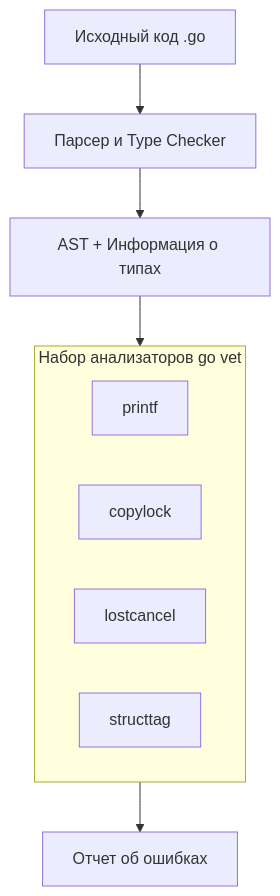
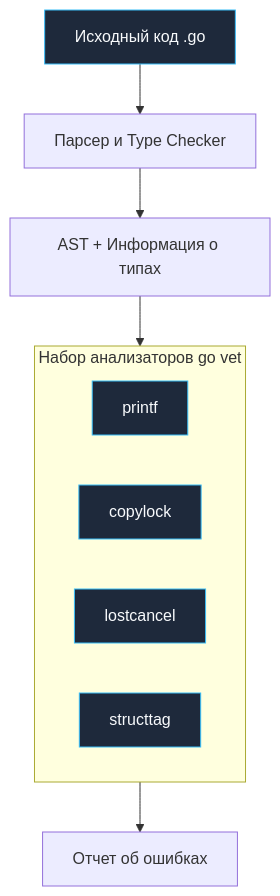
Before and after one commit to UnrealTemplier/go-textbook: the diagram in sources/8. Инфраструктура языка, Тулинг и CI_CD/7. go vet. Статический анализ.md, drawn with Mermaid. The commit also changed 1666 other files, not shown here.

First line of the commit message:
feat(mermaid): add semantic color classDef to 1369 colorless flowchart/graph diagrams

````diff
--- a/sources/8. Инфраструктура языка, Тулинг и CI_CD/7. go vet. Статический анализ.md
+++ b/sources/8. Инфраструктура языка, Тулинг и CI_CD/7. go vet. Статический анализ.md
@@ -19,15 +19,25 @@
 ```mermaid
 flowchart TD
-    A["Исходный код .go"] --> B["Парсер и Type Checker"]
+    classDef process  fill:#1e293b,stroke:#38bdf8,stroke-width:1px,color:#f8fafc
+    classDef success  fill:#064e3b,stroke:#34d399,stroke-width:1px,color:#f8fafc
+    classDef error    fill:#7f1d1d,stroke:#f87171,stroke-width:1px,color:#f8fafc
+    classDef warning  fill:#78350f,stroke:#fbbf24,stroke-width:1px,color:#f8fafc
+    classDef entry    fill:#1e3a5f,stroke:#38bdf8,stroke-width:2px,color:#f8fafc
+    classDef aux      fill:#334155,stroke:#64748b,stroke-width:1px,color:#f8fafc
+    classDef system   fill:#312e81,stroke:#a78bfa,stroke-width:1px,color:#f8fafc
+    classDef data     fill:#132d29,stroke:#2dd4bf,stroke-width:1px,color:#f8fafc
+    classDef network  fill:#881337,stroke:#fb7185,stroke-width:1px,color:#f8fafc
+    classDef accent   fill:#1e1b4b,stroke:#818cf8,stroke-width:1px,color:#f8fafc
+    A["Исходный код .go"]:::process --> B["Парсер и Type Checker"]
     B --> C["AST + Информация о типах"]
     
     subgraph Analyzers ["Набор анализаторов go vet"]
-        D["printf"]
-        E["copylock"]
-        F["lostcancel"]
-        G["structtag"]
+        D["printf"]:::process
+        E["copylock"]:::process
+        F["lostcancel"]:::process
+        G["structtag"]:::process
     end
     
     C --> Analyzers
     Analyzers --> H["Отчет об ошибках"]
 ```
````
